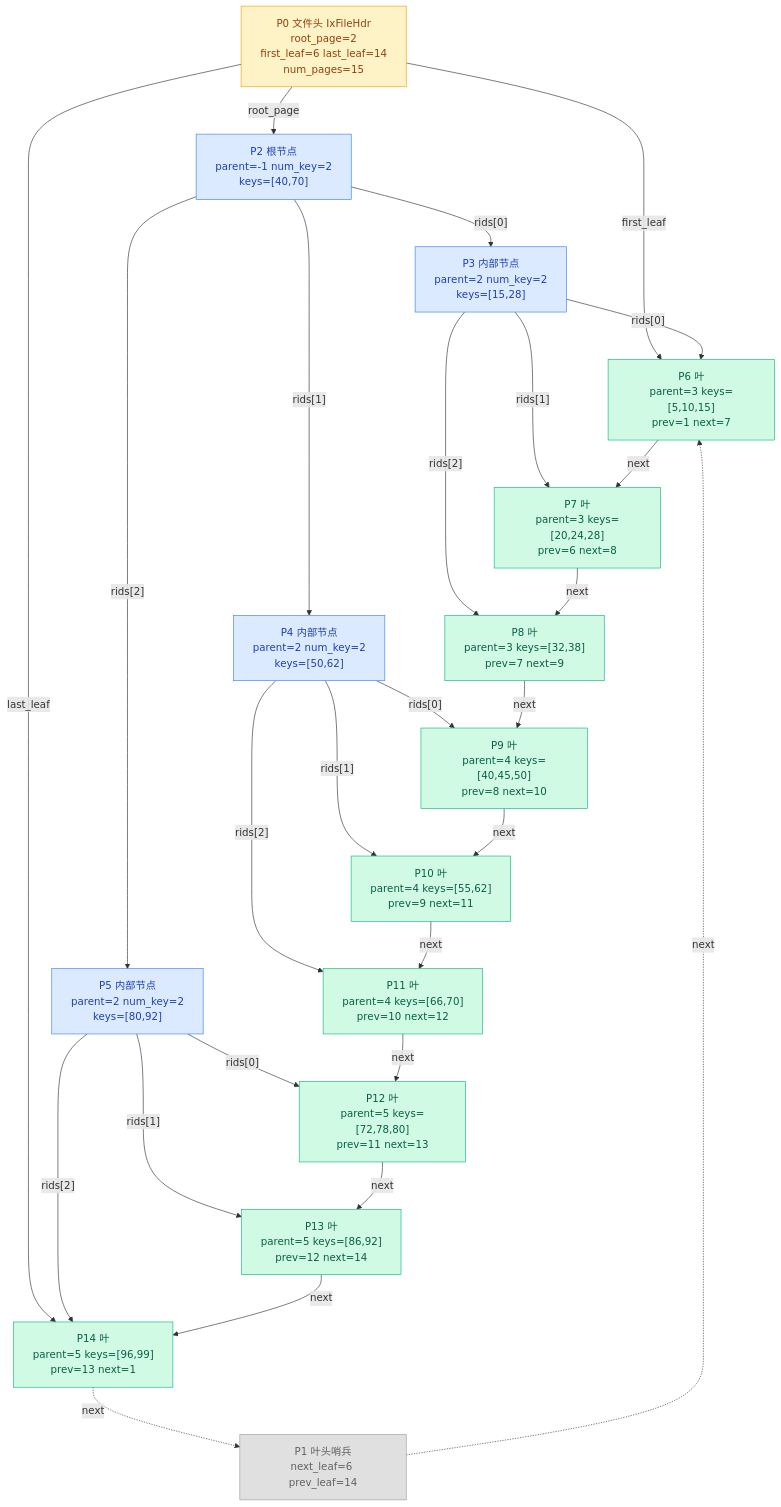
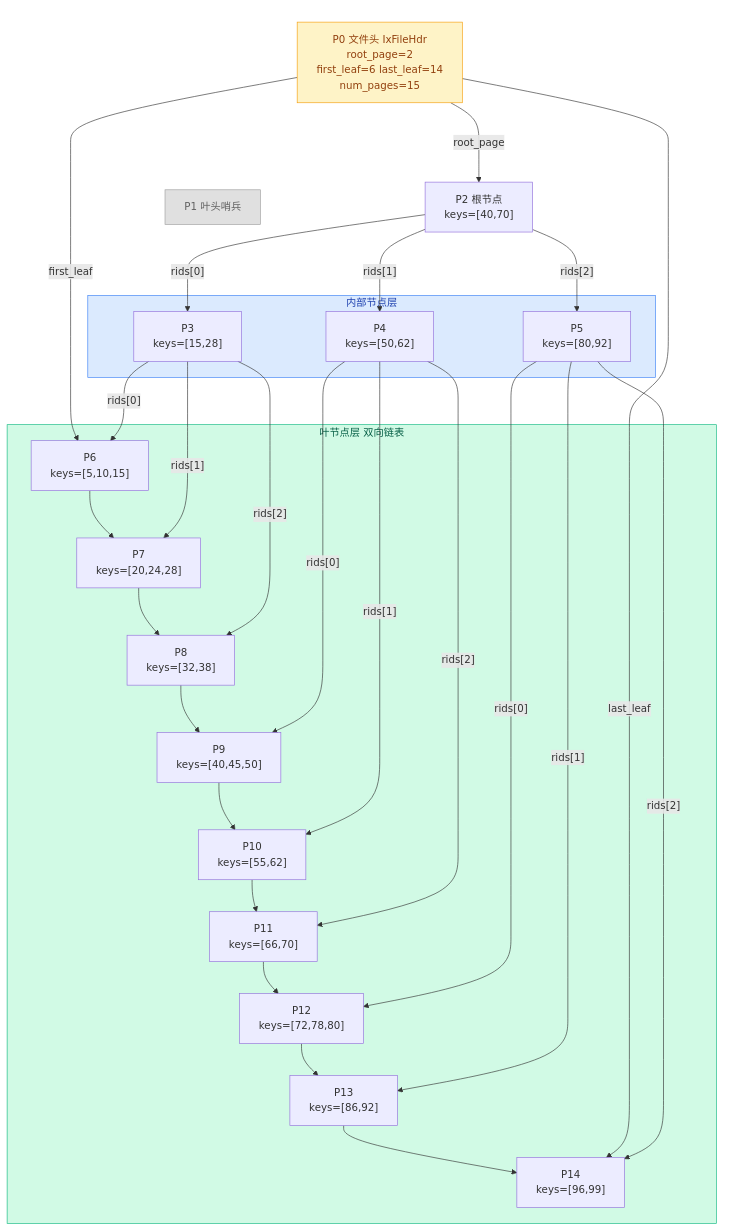
One commit to Dorian7Alden/RMDB-2024-Analyze changed the diagram in my-analysis/03-index-layer/02-index-data-structures.md. Above: the diagram before and after it, drawn with Mermaid.

Commit message:
fix(index-data): 用 subgraph 按层分组布局 B+ 树图
- 四层分行：文件头→(哨兵+根)→内部节点→叶节点链
- 叶节点链用横向箭头串联在同层内
- 父子关系垂直箭头跨层连接

````diff
--- a/my-analysis/03-index-layer/02-index-data-structures.md
+++ b/my-analysis/03-index-layer/02-index-data-structures.md
@@ -24,56 +24,43 @@
 ```mermaid
 flowchart TD
-    HDR["P0 文件头 IxFileHdr<br/>root_page=2<br/>first_leaf=6 last_leaf=14<br/>num_pages=15"]
-    LH["P1 叶头哨兵<br/>next_leaf=6 prev_leaf=14"]
-    R["P2 根节点<br/>parent=-1 num_key=2<br/>keys=[40,70]"]
-    I3["P3 内部节点<br/>parent=2 num_key=2<br/>keys=[15,28]"]
-    I4["P4 内部节点<br/>parent=2 num_key=2<br/>keys=[50,62]"]
-    I5["P5 内部节点<br/>parent=2 num_key=2<br/>keys=[80,92]"]
+    subgraph L0[" "]
+        style L0 fill:none,stroke:none
+        HDR["P0 文件头 IxFileHdr<br/>root_page=2<br/>first_leaf=6 last_leaf=14<br/>num_pages=15"]
+    end
 
-    L6["P6 叶<br/>parent=3 keys=[5,10,15]<br/>prev=1 next=7"]
-    L7["P7 叶<br/>parent=3 keys=[20,24,28]<br/>prev=6 next=8"]
-    L8["P8 叶<br/>parent=3 keys=[32,38]<br/>prev=7 next=9"]
-    L9["P9 叶<br/>parent=4 keys=[40,45,50]<br/>prev=8 next=10"]
-    L10["P10 叶<br/>parent=4 keys=[55,62]<br/>prev=9 next=11"]
-    L11["P11 叶<br/>parent=4 keys=[66,70]<br/>prev=10 next=12"]
-    L12["P12 叶<br/>parent=5 keys=[72,78,80]<br/>prev=11 next=13"]
-    L13["P13 叶<br/>parent=5 keys=[86,92]<br/>prev=12 next=14"]
-    L14["P14 叶<br/>parent=5 keys=[96,99]<br/>prev=13 next=1"]
+    subgraph L1[" "]
+        style L1 fill:none,stroke:none
+        LH["P1 叶头哨兵"] & R["P2 根节点<br/>keys=[40,70]"]
+    end
+
+    subgraph L2["内部节点层"]
+        style L2 fill:#dbeafe,stroke:#3b82f6,color:#1e40af
+        I3["P3<br/>keys=[15,28]"] & I4["P4<br/>keys=[50,62]"] & I5["P5<br/>keys=[80,92]"]
+    end
+
+    subgraph L3["叶节点层 双向链表"]
+        style L3 fill:#d1fae5,stroke:#10b981,color:#065f46
+        L6["P6<br/>keys=[5,10,15]"] --> L7["P7<br/>keys=[20,24,28]"] --> L8["P8<br/>keys=[32,38]"] --> L9["P9<br/>keys=[40,45,50]"] --> L10["P10<br/>keys=[55,62]"] --> L11["P11<br/>keys=[66,70]"] --> L12["P12<br/>keys=[72,78,80]"] --> L13["P13<br/>keys=[86,92]"] --> L14["P14<br/>keys=[96,99]"]
+    end
 
     HDR -->|"root_page"| R
     HDR -->|"first_leaf"| L6
     HDR -->|"last_leaf"| L14
     R -->|"rids[0]"| I3
     R -->|"rids[1]"| I4
     R -->|"rids[2]"| I5
     I3 -->|"rids[0]"| L6
     I3 -->|"rids[1]"| L7
     I3 -->|"rids[2]"| L8
     I4 -->|"rids[0]"| L9
     I4 -->|"rids[1]"| L10
     I4 -->|"rids[2]"| L11
     I5 -->|"rids[0]"| L12
     I5 -->|"rids[1]"| L13
     I5 -->|"rids[2]"| L14
 
-    L6 -->|"next"| L7
-    L7 -->|"next"| L8
-    L8 -->|"next"| L9
-    L9 -->|"next"| L10
-    L10 -->|"next"| L11
-    L11 -->|"next"| L12
-    L12 -->|"next"| L13
-    L13 -->|"next"| L14
-    L14 -.->|"next"| LH
-    LH -.->|"next"| L6
-
     classDef header fill:#fef3c7,stroke:#f59e0b,color:#92400e
-    classDef internal fill:#dbeafe,stroke:#3b82f6,color:#1e40af
-    classDef leaf fill:#d1fae5,stroke:#10b981,color:#065f46
     classDef sentinel fill:#e0e0e0,stroke:#9e9e9e,color:#616161
-
     class HDR header
-    class R,I3,I4,I5 internal
-    class L6,L7,L8,L9,L10,L11,L12,L13,L14 leaf
     class LH sentinel
 ```
````
